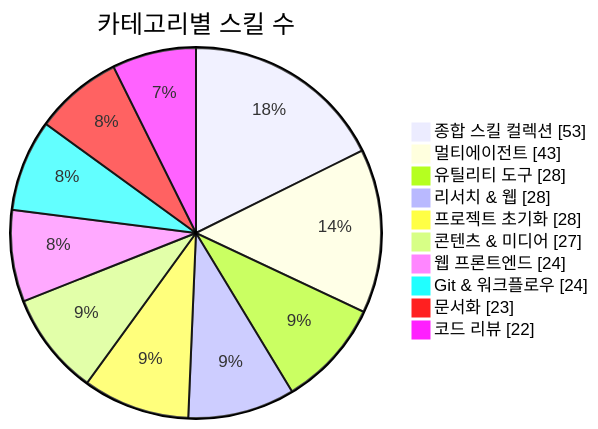
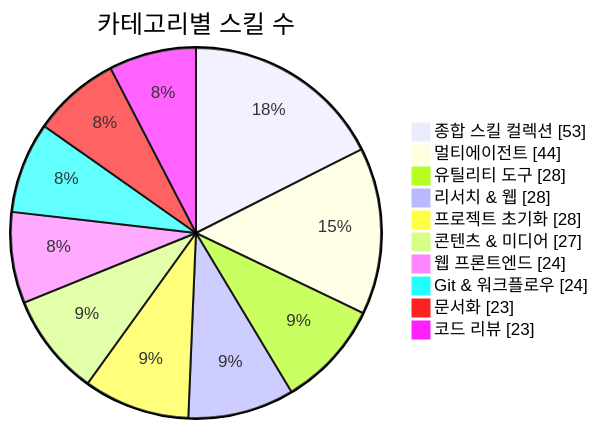
Before and after one commit to J-nowcow/awesome-korean-agent-skills: the first of 3 diagrams in README.md, drawn with Mermaid. The commit also changed other lines of this file and 5 other files, not shown here.

````diff
--- a/README.md
+++ b/README.md
@@ -176,14 +176,14 @@
 ```mermaid
 pie showData
     title 카테고리별 스킬 수
     "종합 스킬 컬렉션" : 53
-    "멀티에이전트" : 43
+    "멀티에이전트" : 44
     "유틸리티 도구" : 28
     "리서치 & 웹" : 28
     "프로젝트 초기화" : 28
     "콘텐츠 & 미디어" : 27
     "웹 프론트엔드" : 24
     "Git & 워크플로우" : 24
     "문서화" : 23
-    "코드 리뷰" : 22
+    "코드 리뷰" : 23
 ```
````
